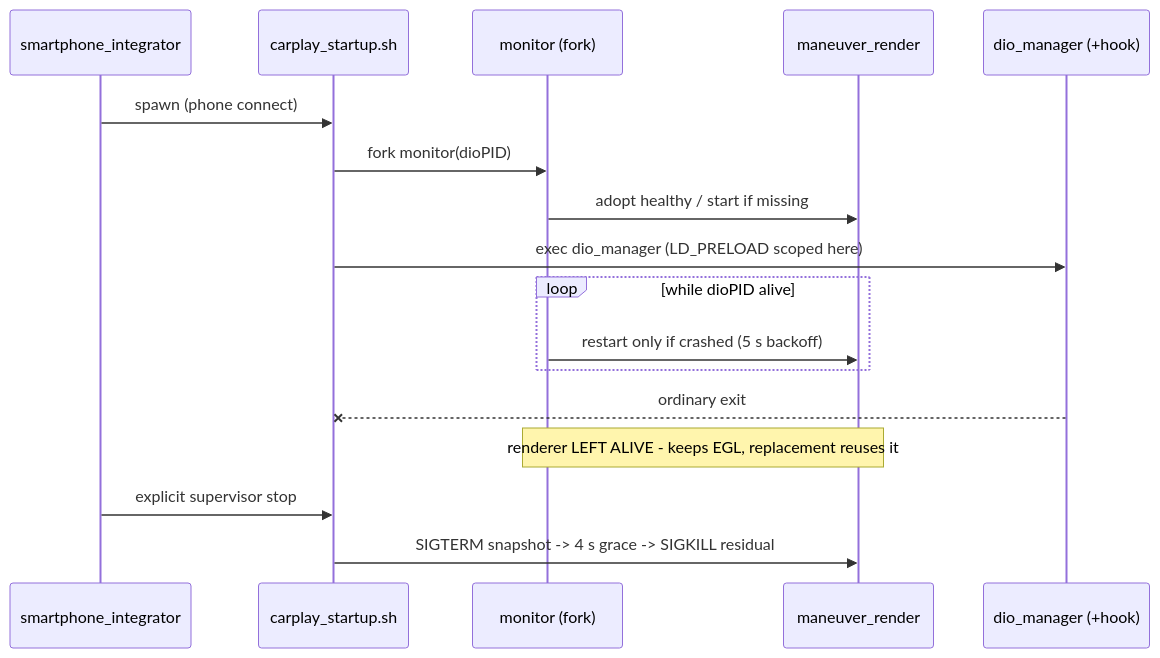
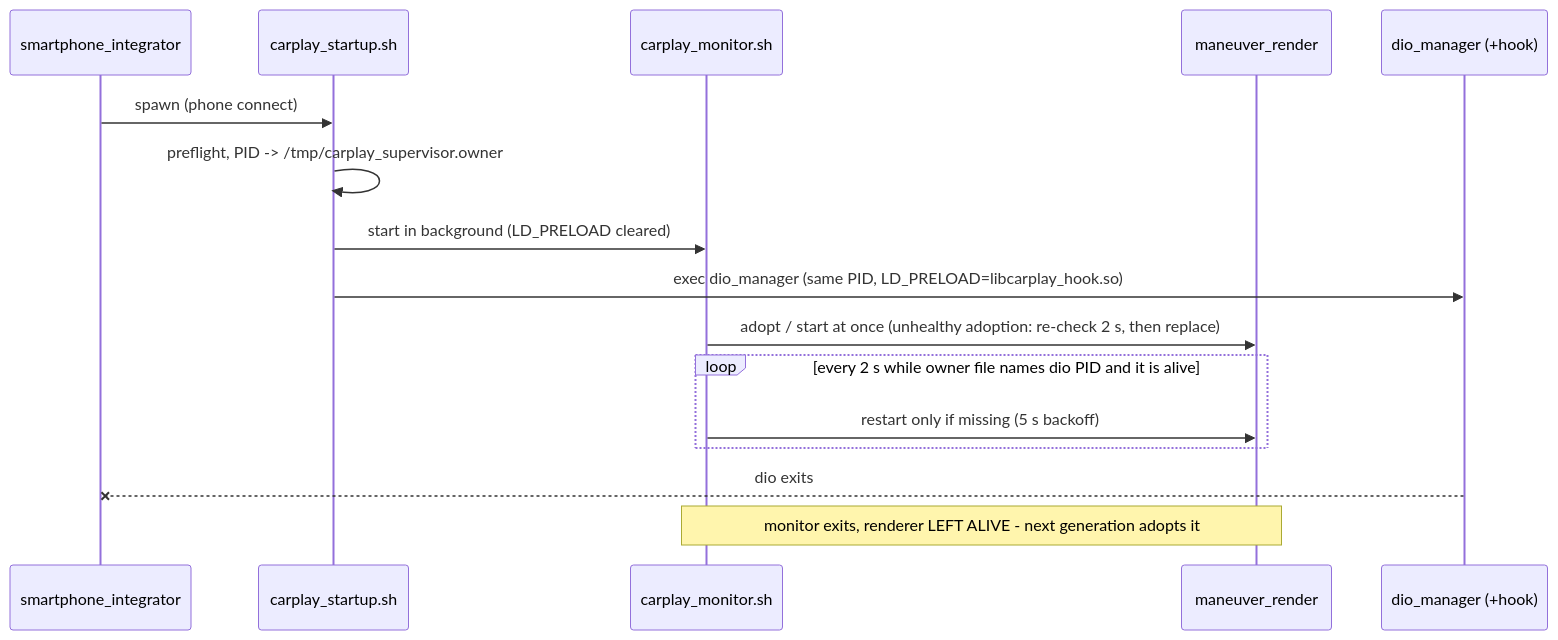
One commit to HahnRobin/mib2q-carplay-rgi changed the diagram in docs/deploy/supervisor-lifecycle.md. Above: the diagram before and after it, drawn with Mermaid. The commit also changed other lines of this file and 37 other files, not shown here.

````diff
--- a/docs/deploy/supervisor-lifecycle.md
+++ b/docs/deploy/supervisor-lifecycle.md
@@ -21,21 +26,20 @@
 ```mermaid
 sequenceDiagram
     accTitle: Supervisor and renderer lifecycle
-    accDescr: carplay_startup.sh forks a monitor that adopts or starts maneuver_render, then execs dio_manager with the hook. The renderer survives an ordinary dio exit and is only terminated on an explicit supervisor stop.
+    accDescr: carplay_startup.sh publishes its PID to the owner file, starts carplay_monitor.sh without the hook and execs dio_manager with it. The monitor adopts or starts maneuver_render and restarts it only while its generation owns the file and dio is alive. The renderer survives dio exit.
     participant SI as smartphone_integrator
     participant W as carplay_startup.sh
-    participant M as monitor (fork)
+    participant M as carplay_monitor.sh
     participant R as maneuver_render
     participant D as dio_manager (+hook)
     SI->>W: spawn (phone connect)
-    W->>M: fork monitor(dioPID)
-    M->>R: adopt healthy / start if missing
-    W->>D: exec dio_manager (LD_PRELOAD scoped here)
-    loop while dioPID alive
-        M->>R: restart only if crashed (5 s backoff)
+    W->>W: preflight, PID -> /tmp/carplay_supervisor.owner
+    W->>M: start in background (LD_PRELOAD cleared)
+    W->>D: exec dio_manager (same PID, LD_PRELOAD=libcarplay_hook.so)
+    M->>R: adopt / start at once (unhealthy adoption: re-check 2 s, then replace)
+    loop every 2 s while owner file names dio PID and it is alive
+        M->>R: restart only if missing (5 s backoff)
     end
-    D--xW: ordinary exit
-    Note over M,R: renderer LEFT ALIVE - keeps EGL, replacement reuses it
-    SI->>W: explicit supervisor stop
-    W->>R: SIGTERM snapshot -> 4 s grace -> SIGKILL residual
+    D--xSI: dio exits
+    Note over M,R: monitor exits, renderer LEFT ALIVE - next generation adopts it
 ```
````
